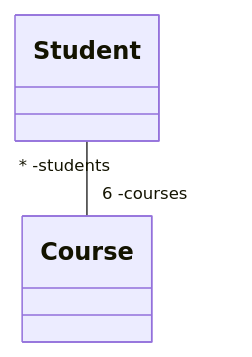
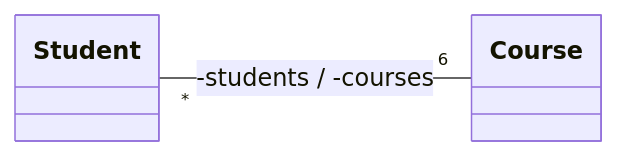
One commit to InfiniteAstral/notes changed the fourth of 6 diagrams in 计算机科学/面向对象设计与Java编程/2 UML 类图及其设计/2-1 UML 类图.md. Above: the diagram before and after it, drawn with Mermaid. The commit also changed other lines of this file, not shown here.

Commit message:
docs: update 计算机科学/2 UML 类图及其设计/2-1 UML 类图.md

````diff
--- a/计算机科学/面向对象设计与Java编程/2 UML 类图及其设计/2-1 UML 类图.md
+++ b/计算机科学/面向对象设计与Java编程/2 UML 类图及其设计/2-1 UML 类图.md
@@ -89,4 +103,5 @@
 ```mermaid
 classDiagram
-Student "* -students" -- "6 -courses" Course
+direction LR
+Student "*" -- "6" Course : -students / -courses
 ```
````
